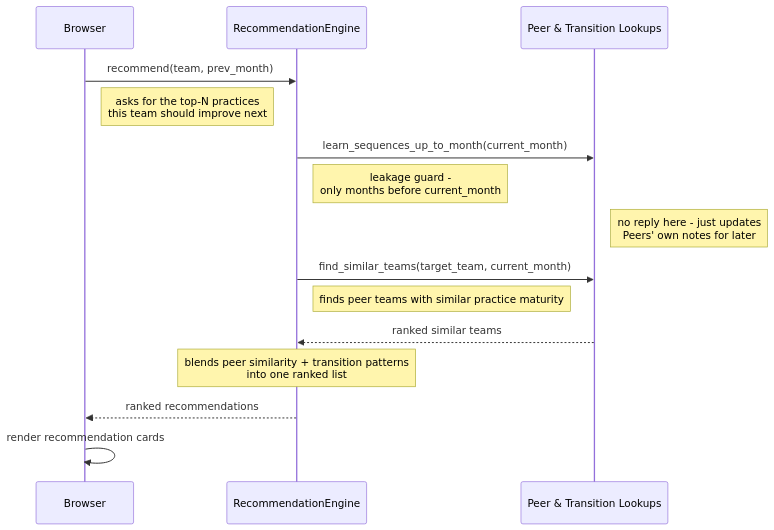
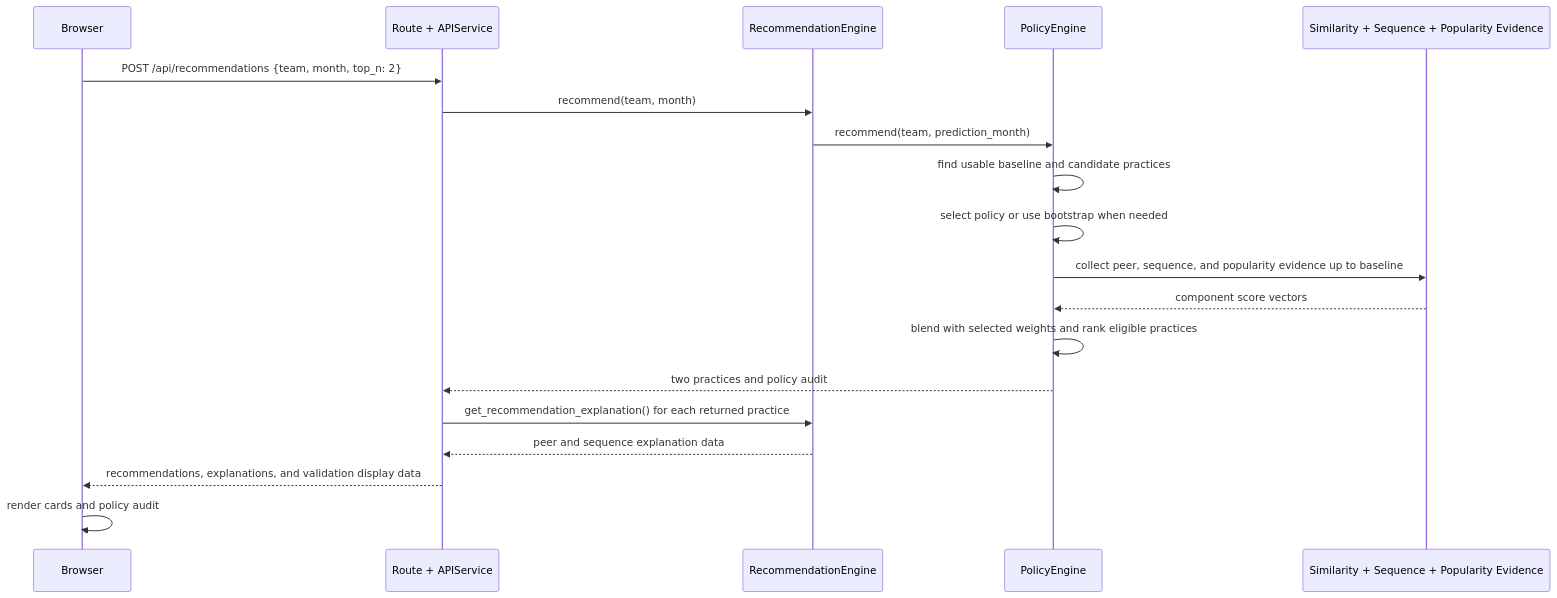
The diagram in docs/sequence-diagrams/01-get-recommendations.md (erezmorabia/agile-prediction-mvp), drawn with Mermaid before and after one commit. The commit also changed other lines of this file and 9 other files, not shown here.

First line of the commit message:
Update flowcharts and sequence diagrams for the policy blend

````diff
--- a/docs/sequence-diagrams/01-get-recommendations.md
+++ b/docs/sequence-diagrams/01-get-recommendations.md
@@ -30,19 +10,22 @@
 ```mermaid
 sequenceDiagram
     participant Browser
+    participant API as Route + APIService
     participant Rec as RecommendationEngine
-    participant Peers as Peer & Transition Lookups
+    participant Policy as PolicyEngine
+    participant Evidence as Similarity + Sequence + Popularity Evidence
 
-    Browser->>Rec: recommend(team, prev_month)
-    Note right of Browser: asks for the top-N practices<br/>this team should improve next
-    Rec->>Peers: learn_sequences_up_to_month(current_month)
-    Note right of Rec: leakage guard -<br/>only months before current_month
-    Note right of Peers: no reply here - just updates<br/>Peers' own notes for later
-    Rec->>Peers: find_similar_teams(target_team, current_month)
-    Note right of Rec: finds peer teams with similar practice maturity
-    Peers-->>Rec: ranked similar teams
-    Note over Rec: blends peer similarity + transition patterns<br/>into one ranked list
-    Rec-->>Browser: ranked recommendations
-
-    Browser->>Browser: render recommendation cards
+    Browser->>API: POST /api/recommendations {team, month, top_n: 2}
+    API->>Rec: recommend(team, month)
+    Rec->>Policy: recommend(team, prediction_month)
+    Policy->>Policy: find usable baseline and candidate practices
+    Policy->>Policy: select policy or use bootstrap when needed
+    Policy->>Evidence: collect peer, sequence, and popularity evidence up to baseline
+    Evidence-->>Policy: component score vectors
+    Policy->>Policy: blend with selected weights and rank eligible practices
+    Policy-->>API: two practices and policy audit
+    API->>Rec: get_recommendation_explanation() for each returned practice
+    Rec-->>API: peer and sequence explanation data
+    API-->>Browser: recommendations, explanations, and validation display data
+    Browser->>Browser: render cards and policy audit
 ```
````
